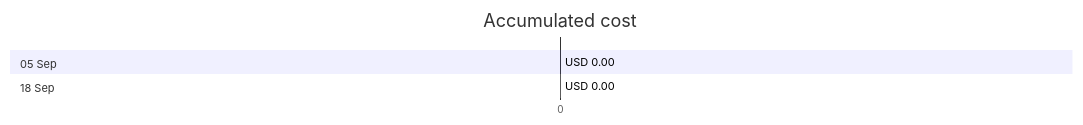
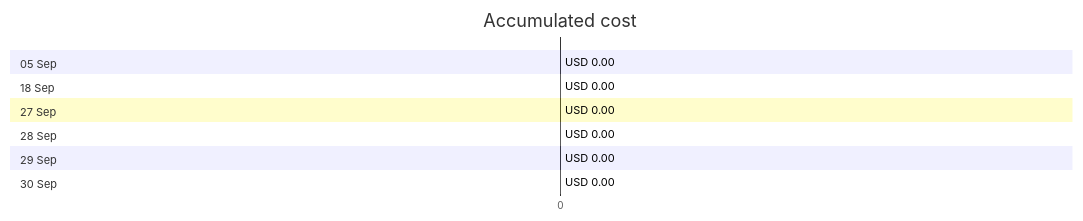
Before and after one commit to jpfulton/azure-personal-reports: the first of 4 diagrams in cost-reports/azureapp-auto-alerts-873533-jpatrick_fulton_gmail_com/README.md, drawn with Mermaid. The commit also changed other lines of this file and 1 other file, not shown here.

Commit message:
Generated reports [skip ci]

````diff
--- a/cost-reports/azureapp-auto-alerts-873533-jpatrick_fulton_gmail_com/README.md
+++ b/cost-reports/azureapp-auto-alerts-873533-jpatrick_fulton_gmail_com/README.md
@@ -20,10 +20,18 @@
 ```mermaid
 gantt
    title Accumulated cost
    dateFormat  X
    axisFormat %s
    section 05 Sep
    USD 0.00 :0, 0
    section 18 Sep
    USD 0.00 :0, 0
+   section 27 Sep
+   USD 0.00 :0, 0
+   section 28 Sep
+   USD 0.00 : done, 0, 0
+   section 29 Sep
+   USD 0.00 : done, 0, 0
+   section 30 Sep
+   USD 0.00 : done, 0, 0
 ```
````
